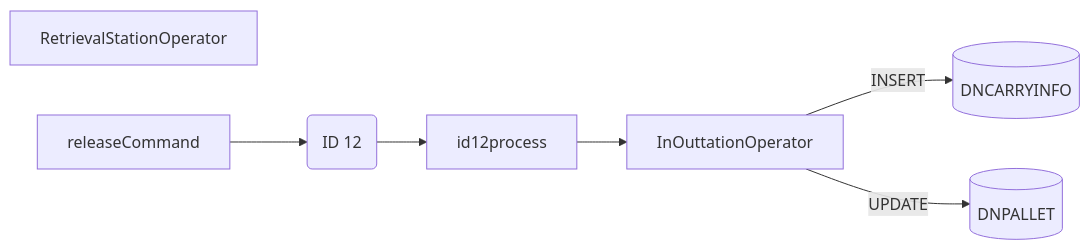
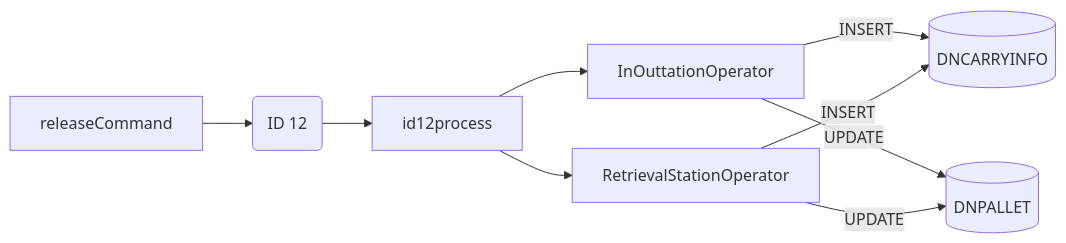
The fourth of 10 diagrams in Basic-Design/DFD-WMS/Retrieval/Unplanned-Retrieval-to-HP-Area.md (luthfiadityaa/SimeDarby-Wiki), drawn with Mermaid before and after one commit. The commit also changed other lines of this file, not shown here.

```diff
--- a/Basic-Design/DFD-WMS/Retrieval/Unplanned-Retrieval-to-HP-Area.md
+++ b/Basic-Design/DFD-WMS/Retrieval/Unplanned-Retrieval-to-HP-Area.md
@@ -196,22 +196,26 @@
 ::: mermaid
 flowchart LR
 
 id26msg("
 ID 12
 ")
 
 id26-insert[("
 DNCARRYINFO
 ")]
 
 id26-update[("
 DNPALLET
 ")]
 
 retrievalstationoperator[RetrievalStationOperator]
 inoutstationoperator[InOuttationOperator]
 
-releaseCommand-->id26msg-->id12process-->inoutstationoperator
+releaseCommand-->id26msg-->id12process
+id12process-->inoutstationoperator
+id12process-->retrievalstationoperator
 inoutstationoperator--> |INSERT| id26-insert
 inoutstationoperator--> |UPDATE| id26-update
+retrievalstationoperator--> |INSERT| id26-insert
+retrievalstationoperator--> |UPDATE| id26-update
 :::
```
